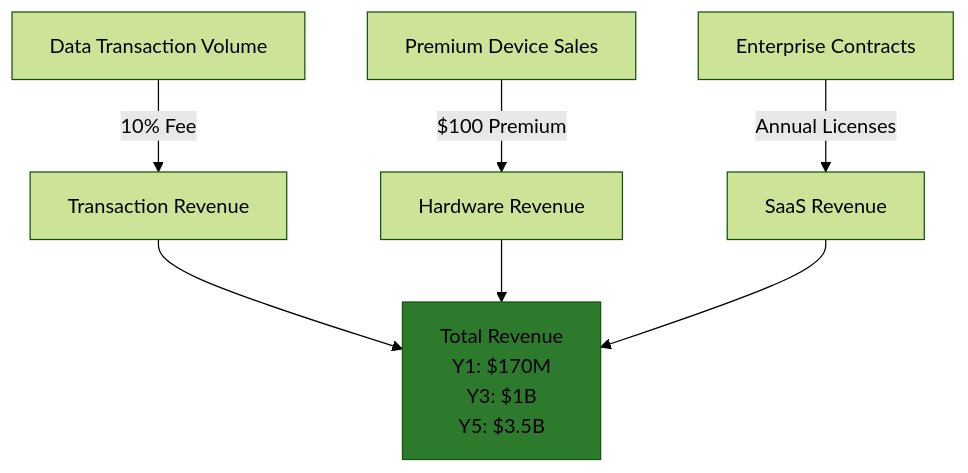
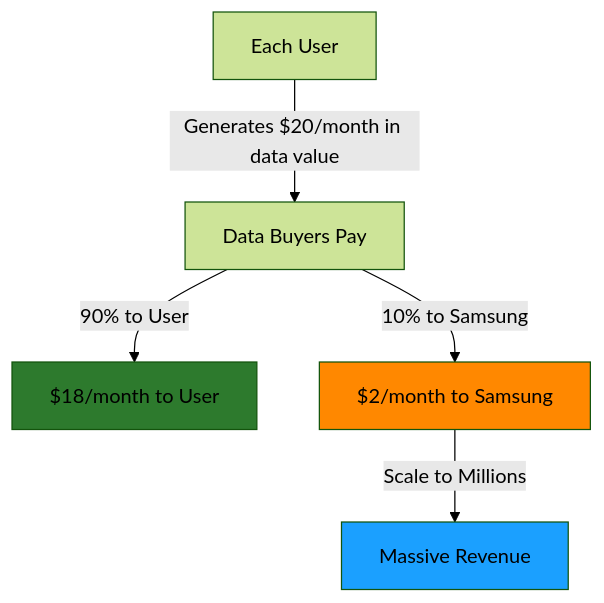
Before and after one commit to yxl74/AI_PITCH: diagram 14 of 14 in pitch.md, drawn with Mermaid (forest theme). The commit also changed other lines of this file, not shown here.

````diff
--- a/pitch.md
+++ b/pitch.md
@@ -377,12 +542,12 @@
 ```mermaid
 graph TD
-    A[Data Transaction Volume] -->|10% Fee| B[Transaction Revenue]
-    C[Premium Device Sales] -->|$100 Premium| D[Hardware Revenue]
-    E[Enterprise Contracts] -->|Annual Licenses| F[SaaS Revenue]
+    A[Each User] -->|Generates $20/month in data value| B[Data Buyers Pay]
+    B -->|90% to User| C[$18/month to User]
+    B -->|10% to Samsung| D[$2/month to Samsung]
     
-    B --> G[Total Revenue<br/>Y1: $170M<br/>Y3: $1B<br/>Y5: $3.5B]
-    D --> G
-    F --> G
+    D -->|Scale to Millions| E[Massive Revenue]
     
-    style G fill:#2d7a2d
+    style C fill:#2d7a2d
+    style D fill:#ff8800
+    style E fill:#1ba0ff
 ```
````
